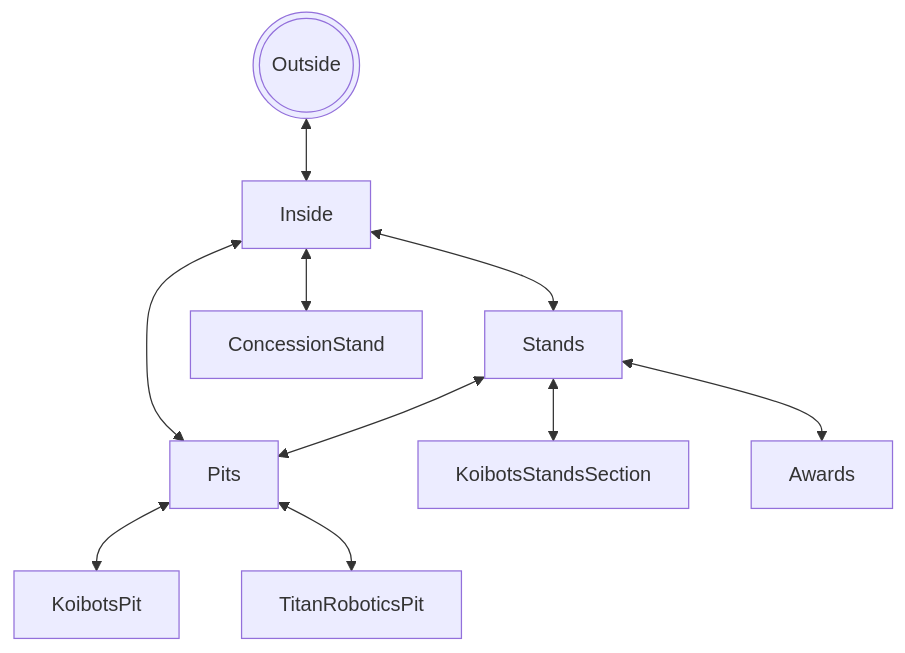
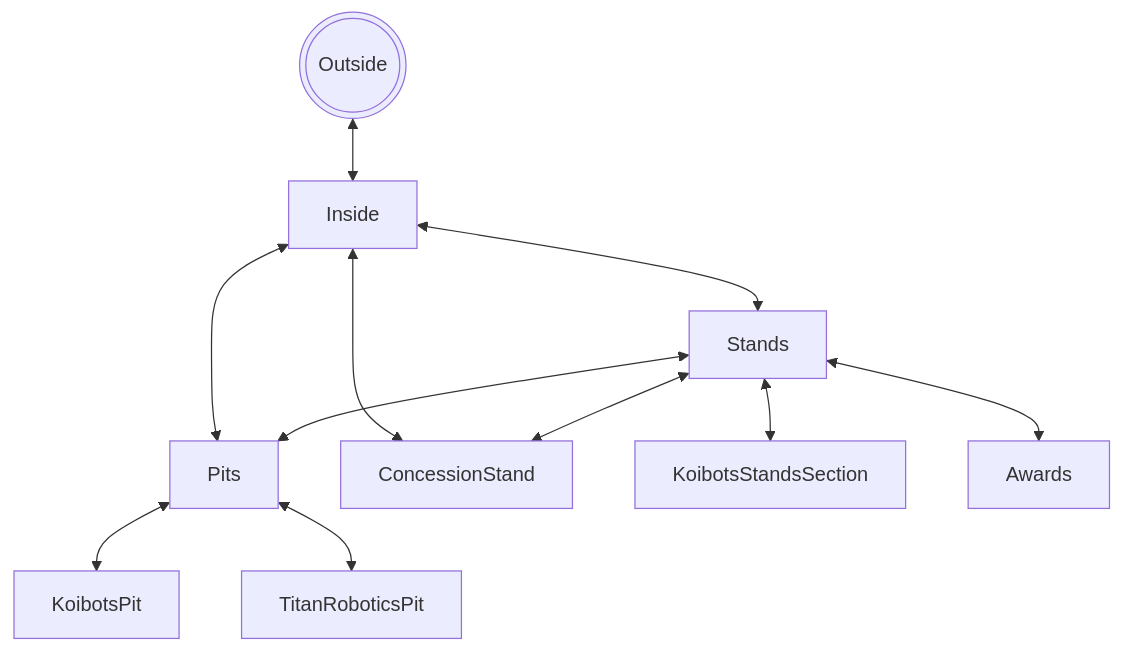
The diagram in projects/game/README.md (aidanminor6-design/aidanminor6-design.github.io), drawn with Mermaid before and after one commit.

Commit message:
Fixing mermaid

````diff
--- a/projects/game/README.md
+++ b/projects/game/README.md
@@ -11,12 +11,13 @@
 ```mermaid
 graph TD;
     outside(((Outside)))<-->Inside;
     Inside<-->Stands;
     Inside<-->Pits;
     Inside<-->ConcessionStand;
     Pits<-->KoibotsPit;
     Pits<--> TitanRoboticsPit;
     Stands<-->KoibotsStandsSection;
     Stands<-->Pits;
     Stands<-->Awards;
+    Stands<-->ConcessionStand;
 ```
````
